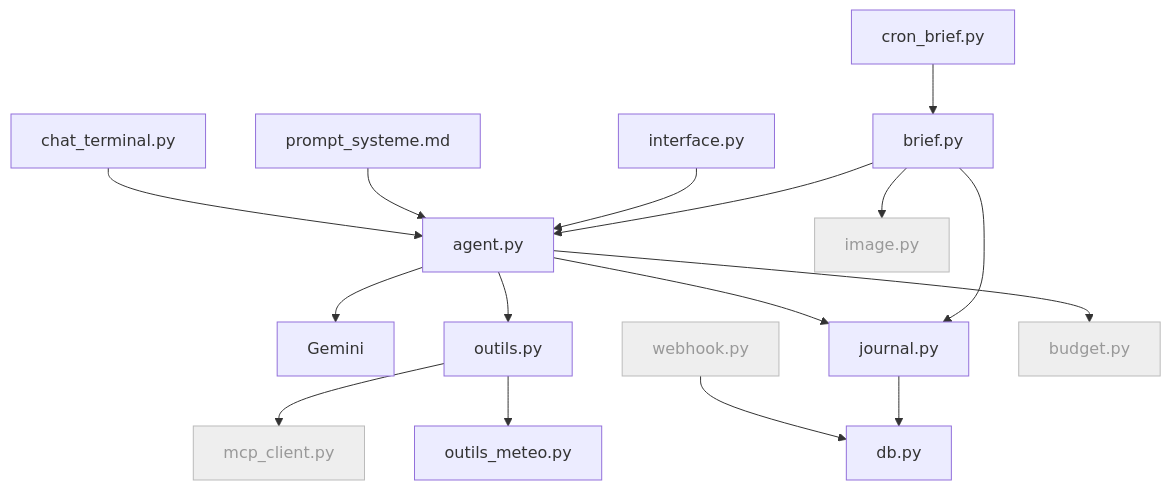
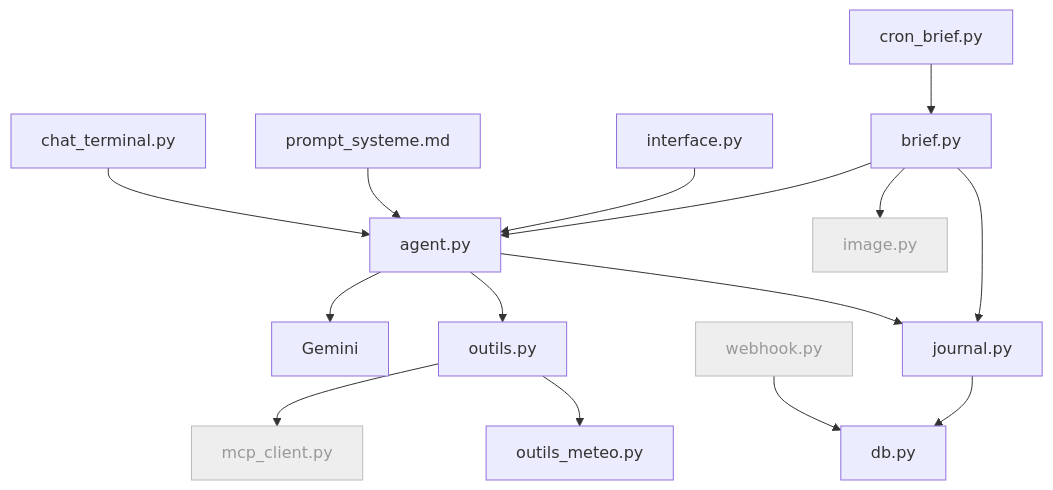
Before and after one commit to lecinquiemejour-code/goodvibe-tuto: diagram 23 of 37 in tuto-goodvibe-vibecoding.md, drawn with Mermaid. The commit also changed other lines of this file and 2 other files, not shown here.

Commit message:
Retrait de la feature budget et mode économe : 14 fiches, la piste passe dans Pour aller plus loin

````diff
--- a/tuto-goodvibe-vibecoding.md
+++ b/tuto-goodvibe-vibecoding.md
@@ -882,13 +874,12 @@
 ```mermaid
 flowchart TD
     CHAT["chat_terminal.py"] --> AG["agent.py"] --> GEM["Gemini"]
     PS["prompt_systeme.md"] --> AG
     WEB["interface.py"] --> AG
     CRON["cron_brief.py"] --> BR["brief.py"] --> AG
     WH["webhook.py"]:::todo --> DB["db.py"]
     AG --> OUT["outils.py"] --> MCP["mcp_client.py"]:::todo & MET["outils_meteo.py"]
     BR --> IMG["image.py"]:::todo
     AG & BR --> JR["journal.py"] --> DB
-    AG --> BUD["budget.py"]:::todo
     classDef todo fill:#eee,stroke:#bbb,color:#999
 ```
````
